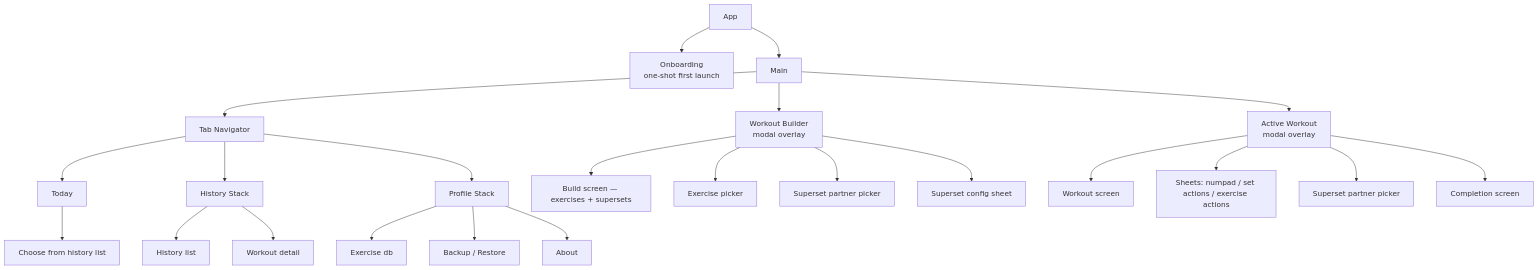
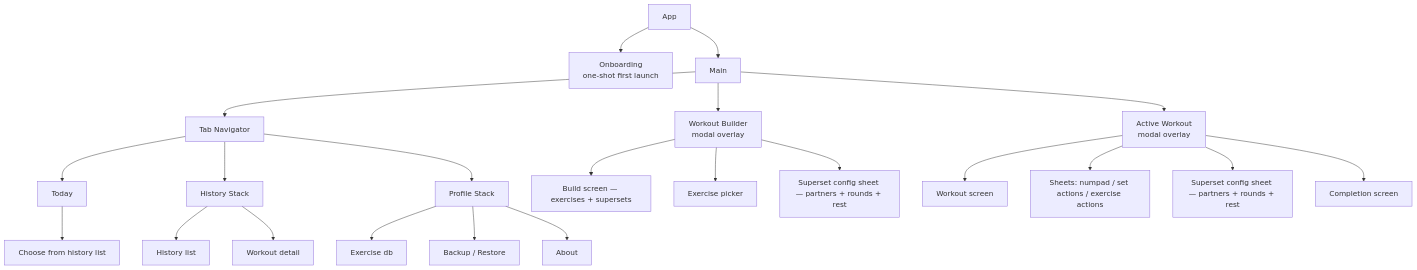
One commit to MaxKibets/kachka changed the first of 5 diagrams in docs/gym-tracker-spec.md. Above: the diagram before and after it, drawn with Mermaid. The commit also changed other lines of this file and 6 other files, not shown here.

````diff
--- a/docs/gym-tracker-spec.md
+++ b/docs/gym-tracker-spec.md
@@ -62,31 +62,30 @@
 ```mermaid
 flowchart TB
     App[App]
     App --> Onb[Onboarding<br/>one-shot first launch]
     App --> Main[Main]
     Main --> TabNav[Tab Navigator]
     Main --> Builder[Workout Builder<br/>modal overlay]
     Main --> Modal[Active Workout<br/>modal overlay]
 
     TabNav --> Today[Today]
     TabNav --> History[History Stack]
     TabNav --> Profile[Profile Stack]
 
     History --> H1[History list]
     History --> H2[Workout detail]
     Today --> CFH[Choose from history list]
 
     Profile --> Pr1[Exercise db]
     Profile --> Pr2[Backup / Restore]
     Profile --> Pr3[About]
 
     Builder --> B1[Build screen — exercises + supersets]
     Builder --> B2[Exercise picker]
-    Builder --> B3[Superset partner picker]
-    Builder --> B4[Superset config sheet]
+    Builder --> B3[Superset config sheet — partners + rounds + rest]
 
     Modal --> M1[Workout screen]
     Modal --> M2[Sheets: numpad / set actions / exercise actions]
-    Modal --> M3[Superset partner picker]
+    Modal --> M3[Superset config sheet — partners + rounds + rest]
     Modal --> M4[Completion screen]
 ```
````
